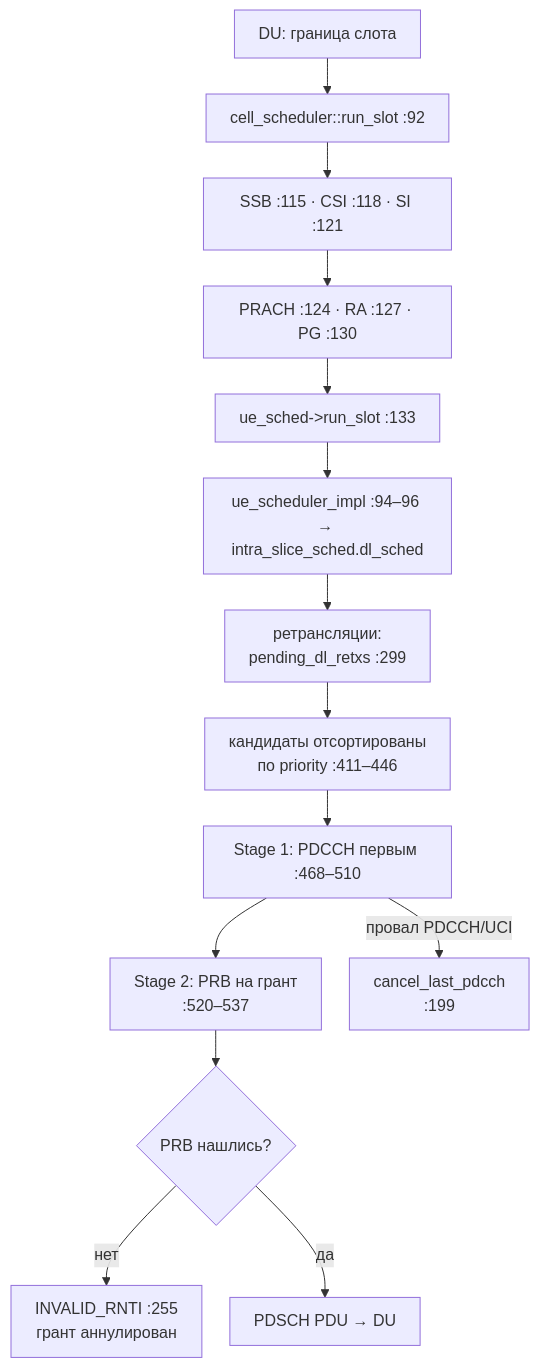
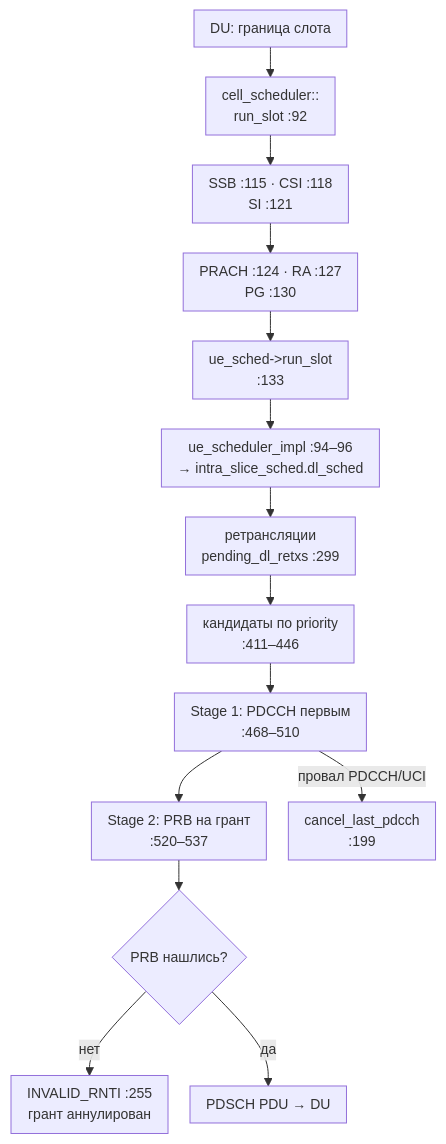
The second of 5 diagrams in weeks/docs/week_03_report.md (dokbrawn/REC-S5), drawn with Mermaid before and after one commit. The commit also changed other lines of this file, not shown here.

````diff
--- a/weeks/docs/week_03_report.md
+++ b/weeks/docs/week_03_report.md
@@ -163,17 +163,17 @@
 ```mermaid
-%%{init: {"flowchart": {"htmlLabels": true, "nodeSpacing": 28, "rankSpacing": 36, "padding": 12}}}%%
+%%{init: {"flowchart": {"htmlLabels": true, "useMaxWidth": false, "nodeSpacing": 22, "rankSpacing": 30, "padding": 8}, "themeVariables": {"fontSize": "14px"}}}%%
 flowchart TD
-    A["DU: граница слота"] --> B["cell_scheduler::run_slot :92"]
-    B --> C["SSB :115 · CSI :118 · SI :121"]
-    C --> D["PRACH :124 · RA :127 · PG :130"]
-    D --> E["ue_sched->run_slot :133"]
-    E --> F["ue_scheduler_impl :94–96 → intra_slice_sched.dl_sched"]
-    F --> G["ретрансляции:<br/>pending_dl_retxs :299"]
-    G --> H["кандидаты отсортированы<br/>по priority :411–446"]
-    H --> I["Stage 1: PDCCH первым :468–510"]
+    A["DU: граница слота"] --> B["cell_scheduler::<br/>run_slot :92"]
+    B --> C["SSB :115 · CSI :118<br/>SI :121"]
+    C --> D["PRACH :124 · RA :127<br/>PG :130"]
+    D --> E["ue_sched->run_slot<br/>:133"]
+    E --> F["ue_scheduler_impl :94–96<br/>→ intra_slice_sched.dl_sched"]
+    F --> G["ретрансляции<br/>pending_dl_retxs :299"]
+    G --> H["кандидаты по priority<br/>:411–446"]
+    H --> I["Stage 1: PDCCH первым<br/>:468–510"]
     I --> J["Stage 2: PRB на грант<br/>:520–537"]
     J --> K{"PRB нашлись?"}
     K -->|нет| L["INVALID_RNTI :255<br/>грант аннулирован"]
     K -->|да| M["PDSCH PDU → DU"]
     I -->|провал PDCCH/UCI| N["cancel_last_pdcch<br/>:199"]
 ```
````
